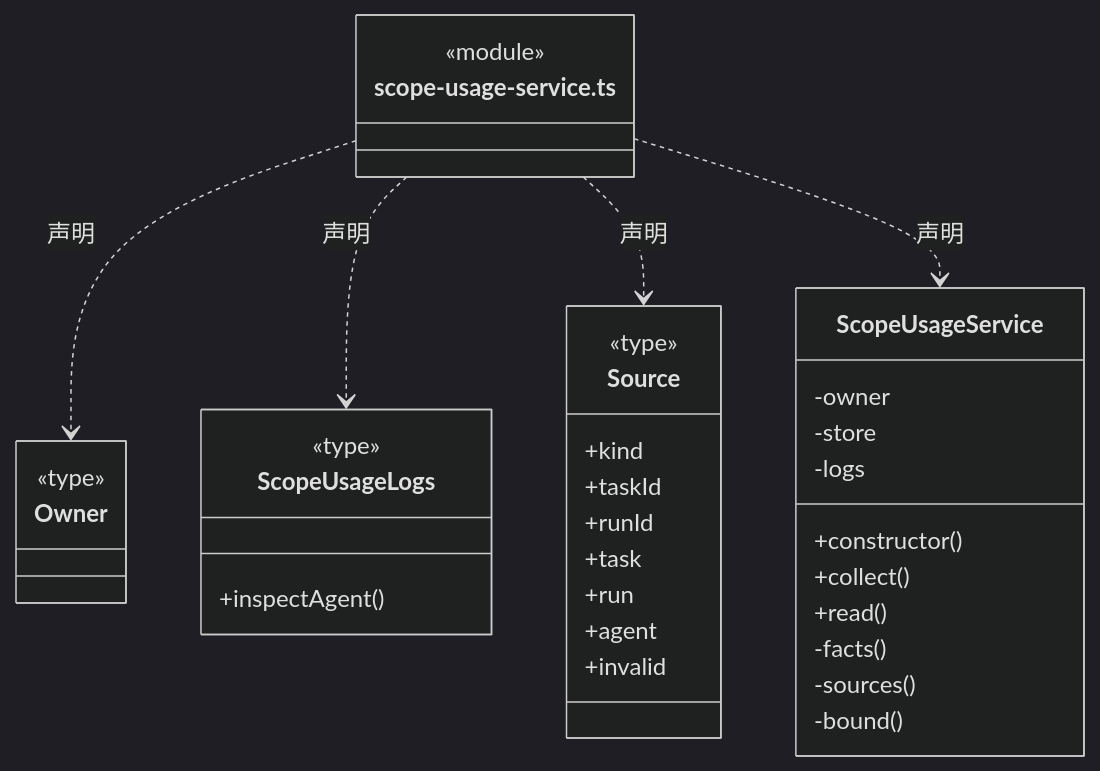
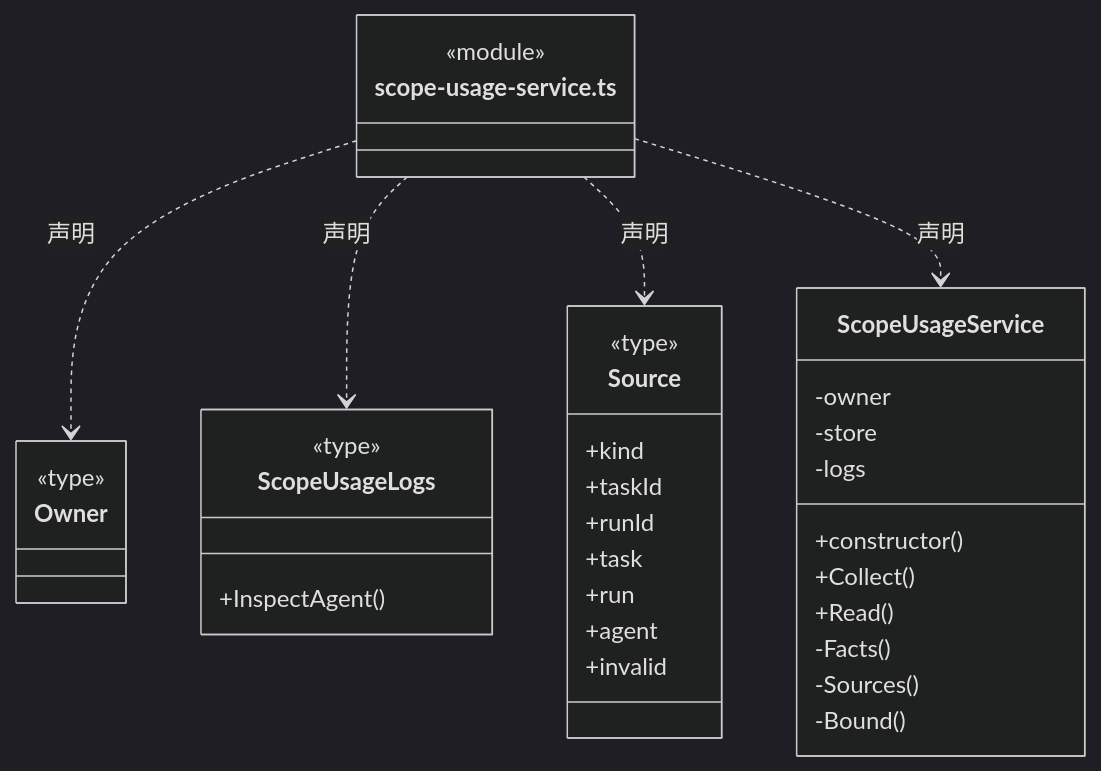
The fourth of 5 diagrams in src/logic/budget/runtime/ARCHITECTURE.md (nan023062/cbim), drawn with Mermaid (dark theme) before and after one commit. The commit also changed other lines of this file and 1035 other files, not shown here.

````diff
--- a/src/logic/budget/runtime/ARCHITECTURE.md
+++ b/src/logic/budget/runtime/ARCHITECTURE.md
@@ -103,39 +103,39 @@
 ```mermaid
 classDiagram
 class N_src_logic_budget_runtime_scope_usage_service_ts["scope-usage-service.ts"] {
   <<module>>
 }
 class N_src_logic_budget_runtime_scope_usage_service_ts_Owner["Owner"] {
   <<type>>
 
 }
 N_src_logic_budget_runtime_scope_usage_service_ts ..> N_src_logic_budget_runtime_scope_usage_service_ts_Owner : 声明
 class N_src_logic_budget_runtime_scope_usage_service_ts_ScopeUsageLogs["ScopeUsageLogs"] {
   <<type>>
-  +inspectAgent()
+  +InspectAgent()
 }
 N_src_logic_budget_runtime_scope_usage_service_ts ..> N_src_logic_budget_runtime_scope_usage_service_ts_ScopeUsageLogs : 声明
 class N_src_logic_budget_runtime_scope_usage_service_ts_Source["Source"] {
   <<type>>
   +kind
   +taskId
   +runId
   +task
   +run
   +agent
   +invalid
 }
 N_src_logic_budget_runtime_scope_usage_service_ts ..> N_src_logic_budget_runtime_scope_usage_service_ts_Source : 声明
 class N_src_logic_budget_runtime_scope_usage_service_ts_ScopeUsageService["ScopeUsageService"] {
   +constructor()
-  +collect()
-  +read()
+  +Collect()
+  +Read()
   -owner
   -store
   -logs
-  -facts()
-  -sources()
-  -bound()
+  -Facts()
+  -Sources()
+  -Bound()
 }
 N_src_logic_budget_runtime_scope_usage_service_ts ..> N_src_logic_budget_runtime_scope_usage_service_ts_ScopeUsageService : 声明
 ```
````
